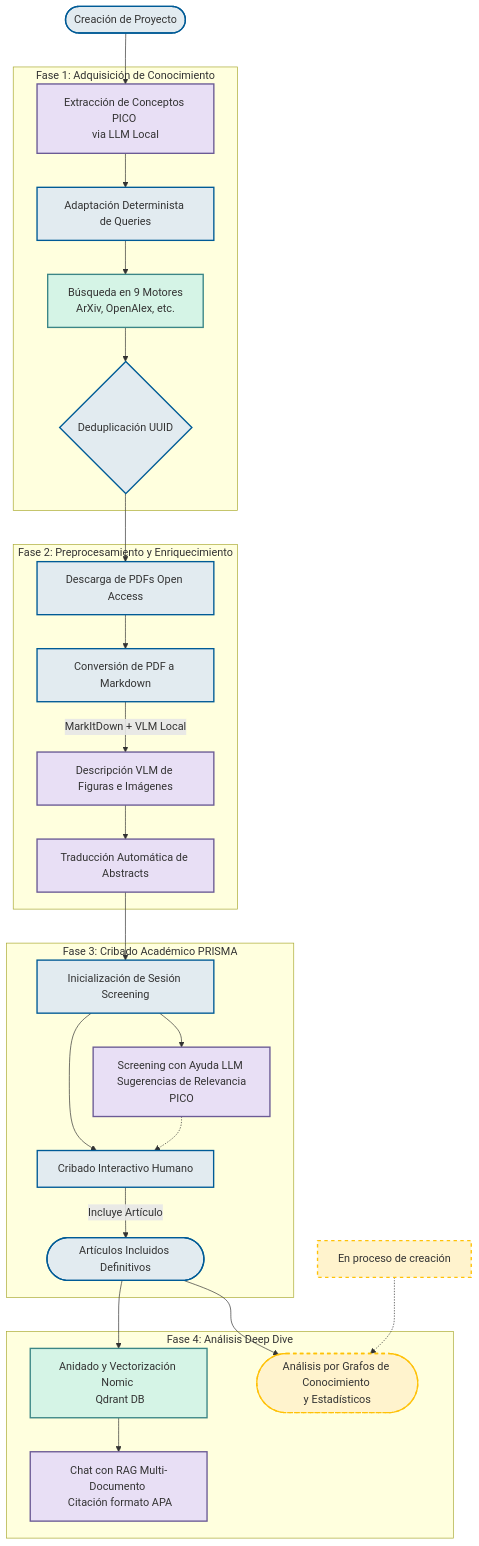
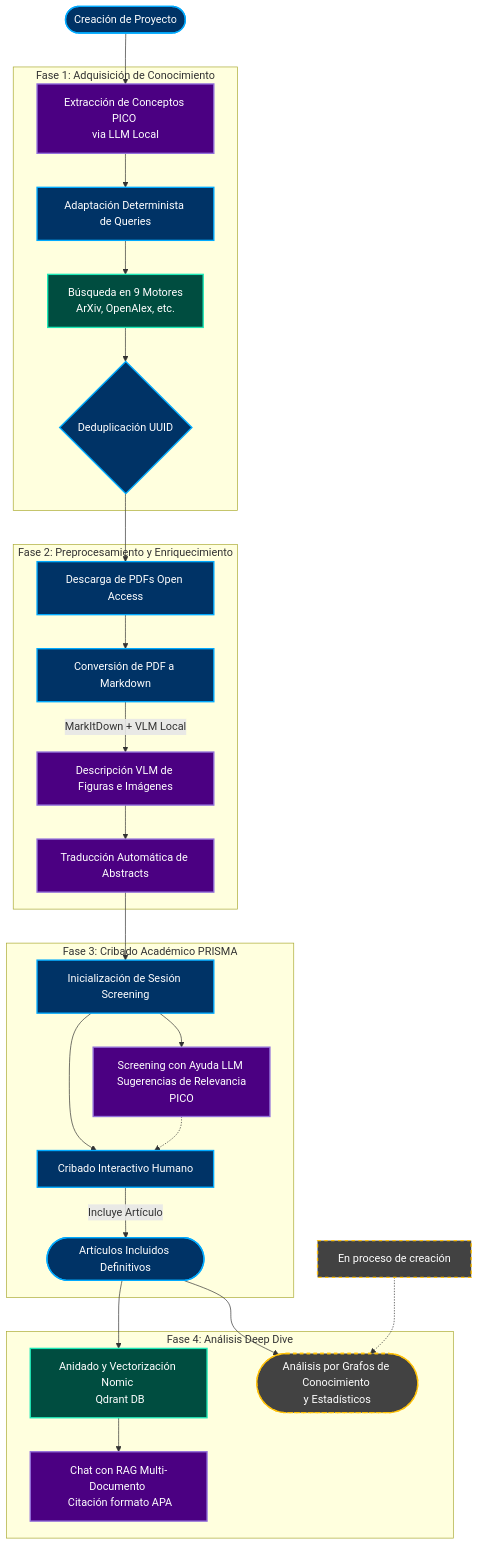
The first of 2 diagrams in docs/documentation.md (AlexPrietoRomani/AgriSearch), drawn with Mermaid before and after one commit.

Commit message:
style: aplica paleta de colores vibrante y alto contraste a diagramas mermaid

````diff
--- a/docs/documentation.md
+++ b/docs/documentation.md
@@ -35,47 +35,48 @@
 ```mermaid
 graph TD
-    classDef inprogress fill:#fff3cd,stroke:#ffc107,stroke-width:2px,stroke-dasharray: 5 5;
-    classDef core fill:#e2ebf0,stroke:#005b96,stroke-width:2px;
-    classDef llm fill:#e8dff5,stroke:#6b5b95,stroke-width:2px;
-    classDef db fill:#d5f4e6,stroke:#3b8686,stroke-width:2px;
+    %% Definición de Estilos (Paleta Premium de Alto Contraste)
+    classDef core fill:#003366,stroke:#00aaff,stroke-width:2px,color:#fff;
+    classDef llm fill:#4b0082,stroke:#9370db,stroke-width:2px,color:#fff;
+    classDef db fill:#004d40,stroke:#1de9b6,stroke-width:2px,color:#fff;
+    classDef inprogress fill:#424242,stroke:#ffc107,stroke-width:2px,color:#fff,stroke-dasharray: 5 5;
 
     %% 1. Creación de proyecto
     Start([Creación de Proyecto]):::core --> QueryGen[Extracción de Conceptos PICO <br>via LLM Local]:::llm
     
     %% 2. Búsqueda
     subgraph fase1 [Fase 1: Adquisición de Conocimiento]
         QueryGen --> QueryAdapt[Adaptación Determinista de Queries]:::core
         QueryAdapt --> SearchAPIs[Búsqueda en 9 Motores <br> ArXiv, OpenAlex, etc.]:::db
         SearchAPIs --> Dedup{Deduplicación UUID}:::core
     end
     
     %% 3. Descarga de PDF
     Dedup --> PDFDownload[Descarga de PDFs Open Access]:::core
     
     %% 4. Conversiones a md y resúmenes
     subgraph fase2 [Fase 2: Preprocesamiento y Enriquecimiento]
         PDFDownload --> Parser[Conversión de PDF a Markdown]:::core
         Parser -->|MarkItDown + VLM Local| VLM[Descripción VLM de Figuras e Imágenes]:::llm
         VLM --> Translation[Traducción Automática de Abstracts]:::llm
     end
     
     %% 5 y 6. Cribado PRISMA
     subgraph fase3 [Fase 3: Cribado Académico PRISMA]
         Translation --> Session[Inicialización de Sesión Screening]:::core
         Session --> AIAssist[Screening con Ayuda LLM <br> Sugerencias de Relevancia PICO]:::llm
         Session --> HumanDecision[Cribado Interactivo Humano]:::core
         AIAssist -.-> HumanDecision
         HumanDecision -->|Incluye Artículo| Included([Artículos Incluidos Definitivos]):::core
     end
     
     %% 7 y 8. Análisis (RAG y Grafos)
     subgraph fase4 [Fase 4: Análisis Deep Dive]
         Included --> Vectorization[Anidado y Vectorización Nomic <br> Qdrant DB]:::db
         Vectorization --> RAG[Chat con RAG Multi-Documento <br> Citación formato APA]:::llm
         
         Included --> Graphs([Análisis por Grafos de Conocimiento <br>y Estadísticos]):::inprogress
     end
     
     %% Leyendas
     note1[En proceso de creación]:::inprogress -.-> Graphs
 ```
````
